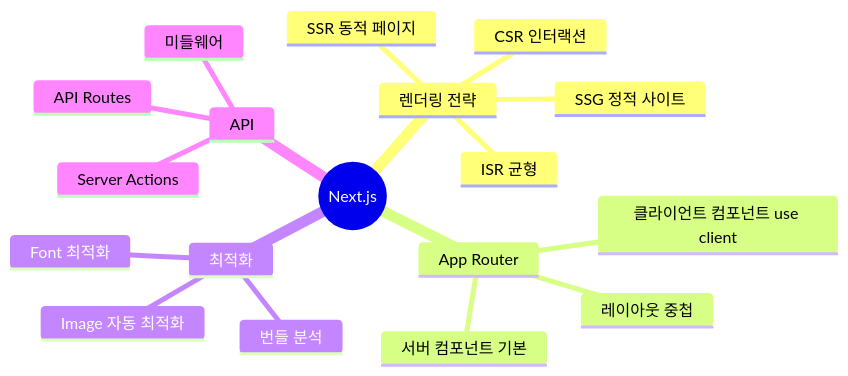
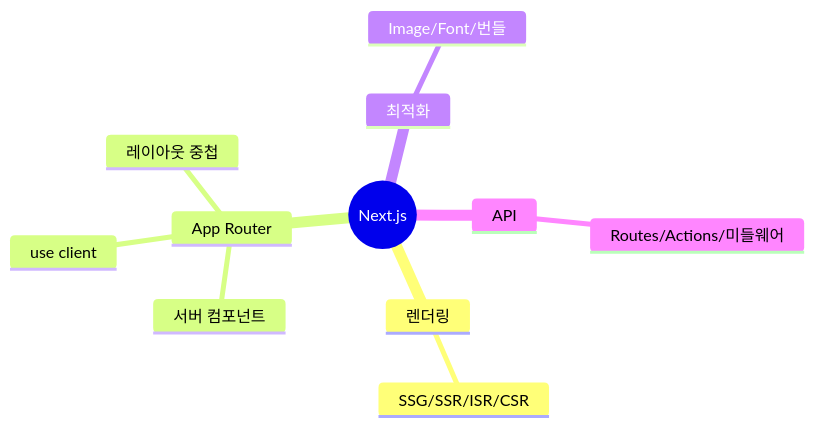
The sixth of 6 diagrams in _posts/frontend/2026-05-02-nextjs-fundamentals.md (yjkim2015/yjkim2015.github.io), drawn with Mermaid before and after one commit. The commit also changed other lines of this file and 215 other files, not shown here.

First line of the commit message:
신규 포스트 10개 추가 + Mermaid 전면 축소 + SystemDesign 시리즈 보강

````diff
--- a/_posts/frontend/2026-05-02-nextjs-fundamentals.md
+++ b/_posts/frontend/2026-05-02-nextjs-fundamentals.md
@@ -403,21 +343,14 @@
 ```mermaid
 mindmap
   root((Next.js))
-    렌더링 전략
-      SSG 정적 사이트
-      SSR 동적 페이지
-      ISR 균형
-      CSR 인터랙션
+    렌더링
+      SSG/SSR/ISR/CSR
     App Router
-      서버 컴포넌트 기본
-      클라이언트 컴포넌트 use client
+      서버 컴포넌트
+      use client
       레이아웃 중첩
     최적화
-      Image 자동 최적화
-      Font 최적화
-      번들 분석
+      Image/Font/번들
     API
-      API Routes
-      Server Actions
-      미들웨어
+      Routes/Actions/미들웨어
 ```
````
